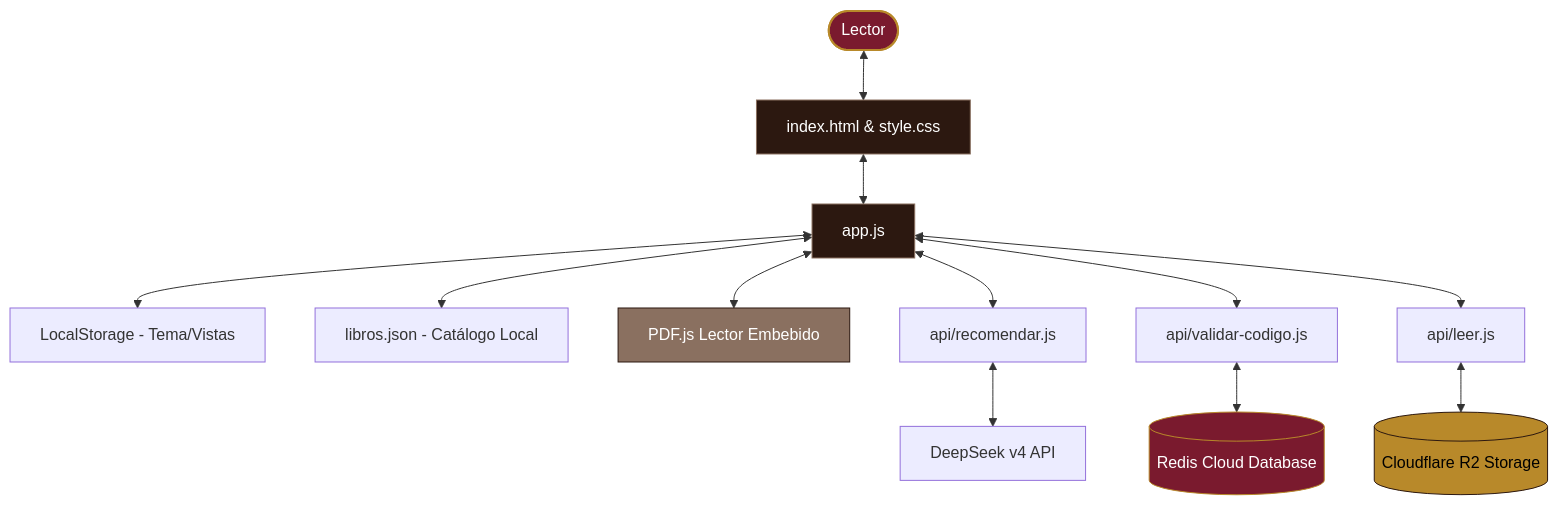
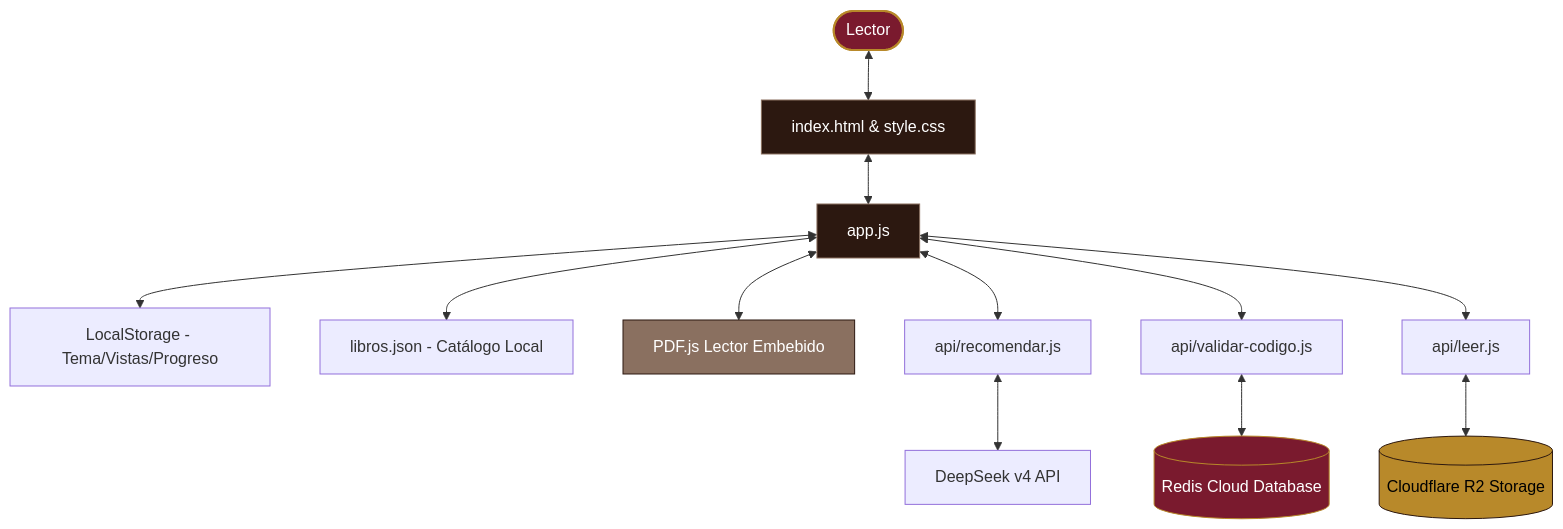
The diagram in boveda/02 - Arquitectura Técnica/Arquitectura - Vista General.md (libros-en-accion/biblioteca-digital), drawn with Mermaid before and after one commit. The commit also changed other lines of this file and 3 other files, not shown here.

````diff
--- a/boveda/02 - Arquitectura Técnica/Arquitectura - Vista General.md
+++ b/boveda/02 - Arquitectura Técnica/Arquitectura - Vista General.md
@@ -18,24 +18,24 @@
 ```mermaid
 graph TD
     User([Lector]) <--> HTML[index.html & style.css]
     HTML <--> JS[app.js]
-    JS <--> Cache[LocalStorage - Tema/Vistas]
+    JS <--> Cache[LocalStorage - Tema/Vistas/Progreso]
     JS <--> Data[libros.json - Catálogo Local]
     JS <--> PDFJS[PDF.js Lector Embebido]
     
     JS <--> API_Rec[api/recomendar.js]
     API_Rec <--> DS[DeepSeek v4 API]
     
     JS <--> API_Val[api/validar-codigo.js]
     API_Val <--> Redis[(Redis Cloud Database)]
     
     JS <--> API_Read[api/leer.js]
     API_Read <--> R2[(Cloudflare R2 Storage)]
 
     style User fill:#7a1a2e,stroke:#b8892a,stroke-width:2px,color:#fff
     style HTML fill:#2c1810,stroke:#8a7060,color:#fff
     style JS fill:#2c1810,stroke:#8a7060,color:#fff
     style PDFJS fill:#8a7060,stroke:#2c1810,color:#fff
     style Redis fill:#7a1a2e,stroke:#b8892a,color:#fff
     style R2 fill:#b8892a,stroke:#2c1810,color:#000
 ```
````
